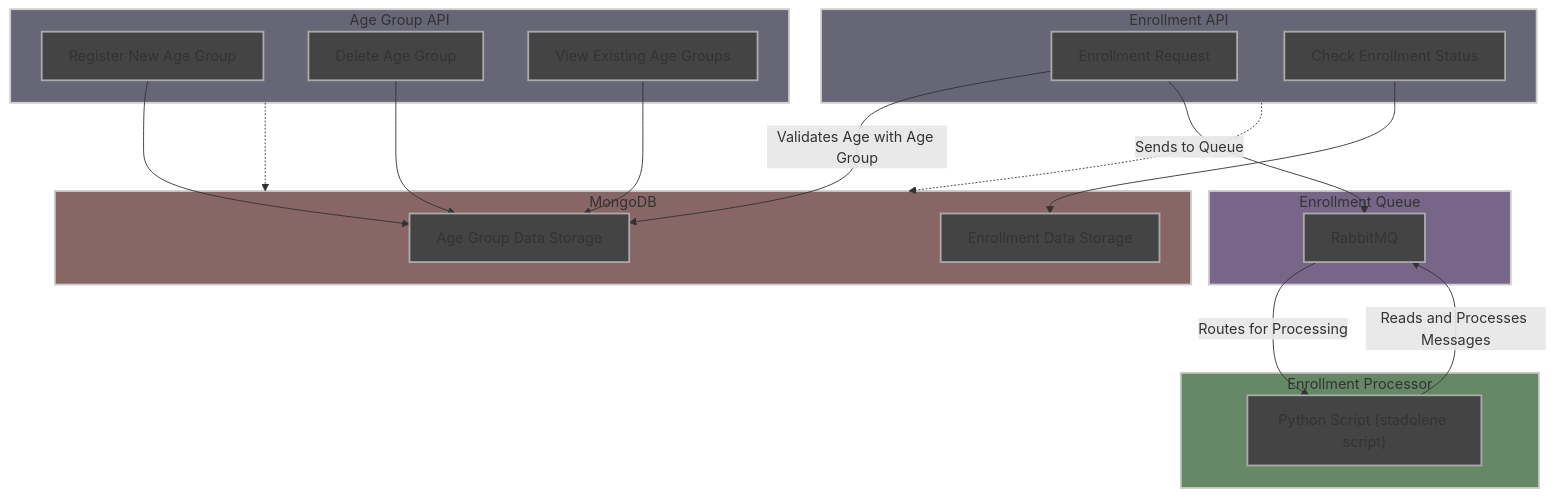
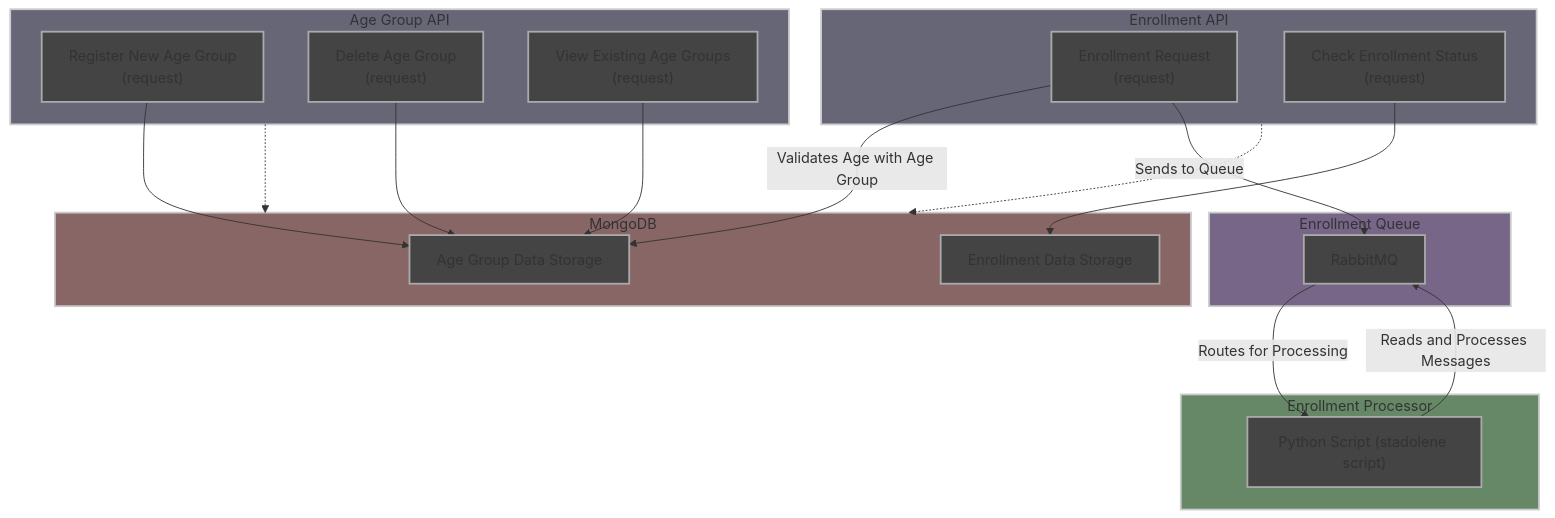
The diagram in README.md (guilhiz/Enrollment-APIs-Monorepo), drawn with Mermaid before and after one commit. The commit also changed other lines of this file, not shown here.

````diff
--- a/README.md
+++ b/README.md
@@ -9,51 +9,56 @@
 ```mermaid
 graph TB
     subgraph api1["Age Group API"]
-        RG["Register New Age Group"]
-        EG["Delete Age Group"]
-        VG["View Existing Age Groups"]
+        RG["Register New Age Group
+             (request)"]
+        EG["Delete Age Group
+                (request)"]
+        VG["View Existing Age Groups
+                  (request)"]
     end
 
     subgraph api2["Enrollment API"]
-        SM["Enrollment Request"]
-        CM["Check Enrollment Status"]
+        SM["Enrollment Request
+                 (request)"]
+        CM["Check Enrollment Status
+                    (request)"]
     end
 
     subgraph mq["Enrollment Queue"]
         RQM[RabbitMQ]
     end
 
     subgraph proc["Enrollment Processor"]
         script["Python Script (stadolene script)"]
         script -->|Reads and Processes Messages| RQM
     end
 
     subgraph db["MongoDB"]
         AET["Age Group Data Storage"]
         ADM["Enrollment Data Storage"]
     end
 
     RG --> AET
     EG --> AET
     VG --> AET
 
     SM -->|Validates Age with Age Group| AET
     SM -->|Sends to Queue| RQM
     CM --> ADM
 
     RQM -->|Routes for Processing| script
 
     api1 -.-> db
     api2 -.-> db
 
     classDef default fill:#444,stroke:#aaa,stroke-width:2px;
     classDef api fill:#667,stroke:#ccc,stroke-width:2px;
     classDef storage fill:#866,stroke:#ccc,stroke-width:2px;
     classDef queue fill:#768,stroke:#ccc,stroke-width:2px;
     classDef process fill:#686,stroke:#ccc,stroke-width:2px;
 
     class api1,api2 api;
     class db storage;
     class mq queue;
     class proc process;
 ```
````
